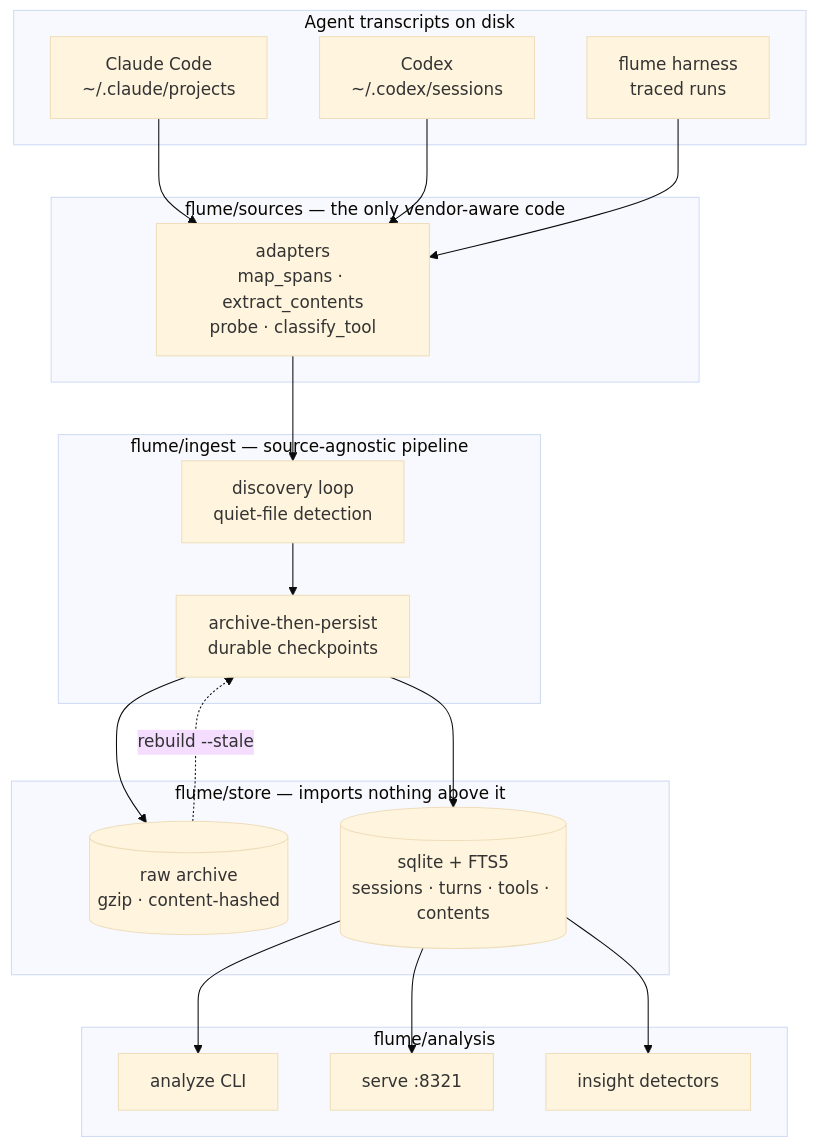
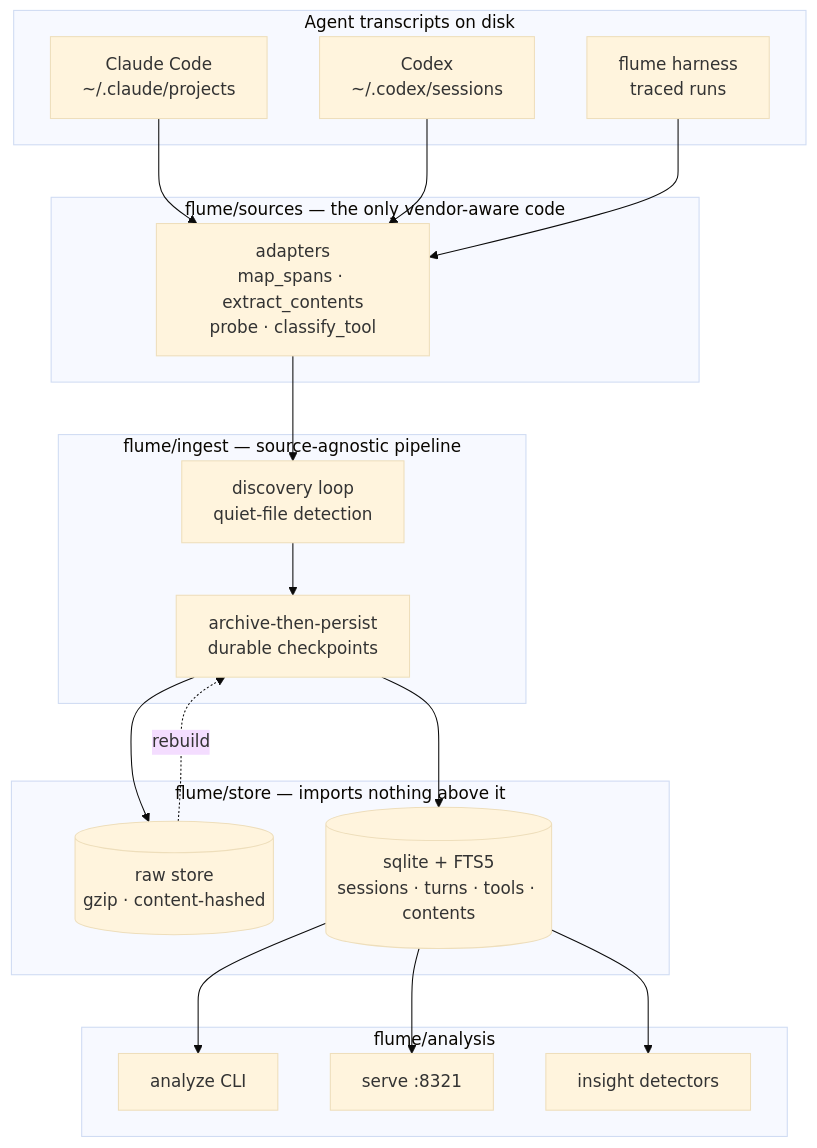
One commit to StrangeAnimalsAI/flume changed the diagram in README.md. Above: the diagram before and after it, drawn with Mermaid (base theme). The commit also changed other lines of this file and 14 other files, not shown here.

````diff
--- a/README.md
+++ b/README.md
@@ -16,40 +16,40 @@
 ```mermaid
 flowchart TB
     subgraph disk["Agent transcripts on disk"]
         CC["Claude Code<br/>~/.claude/projects"]
         CX["Codex<br/>~/.codex/sessions"]
         HN["flume harness<br/>traced runs"]
     end
 
     subgraph src["flume/sources — the only vendor-aware code"]
         AD["adapters<br/>map_spans · extract_contents<br/>probe · classify_tool"]
     end
 
     subgraph ing["flume/ingest — source-agnostic pipeline"]
         DL["discovery loop<br/>quiet-file detection"]
         WR["archive-then-persist<br/>durable checkpoints"]
     end
 
     subgraph sto["flume/store — imports nothing above it"]
-        RAW[("raw archive<br/>gzip · content-hashed")]
+        RAW[("raw store<br/>gzip · content-hashed")]
         DB[("sqlite + FTS5<br/>sessions · turns · tools · contents")]
     end
 
     subgraph ana["flume/analysis"]
         AN["analyze CLI"]
         SV["serve :8321"]
         IN["insight detectors"]
     end
 
     CC --> AD
     CX --> AD
     HN --> AD
     AD --> DL
     DL --> WR
     WR --> RAW
     WR --> DB
-    RAW -. "rebuild --stale" .-> WR
+    RAW -. "rebuild" .-> WR
     DB --> AN
     DB --> SV
     DB --> IN
 ```
````
